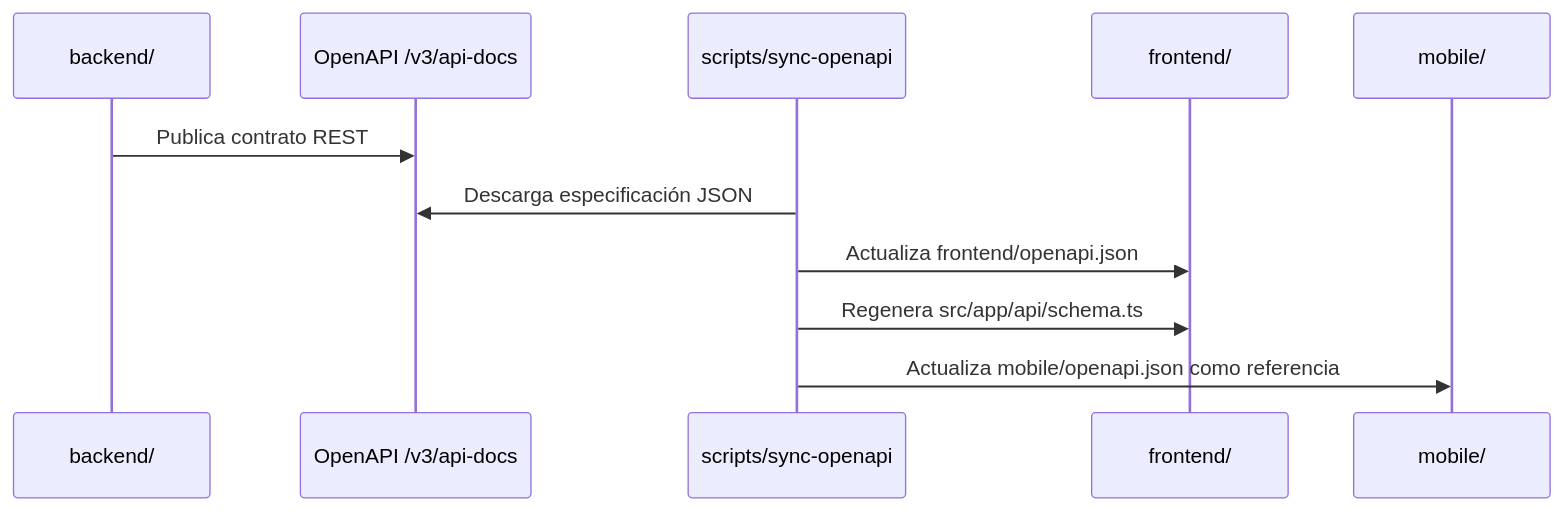
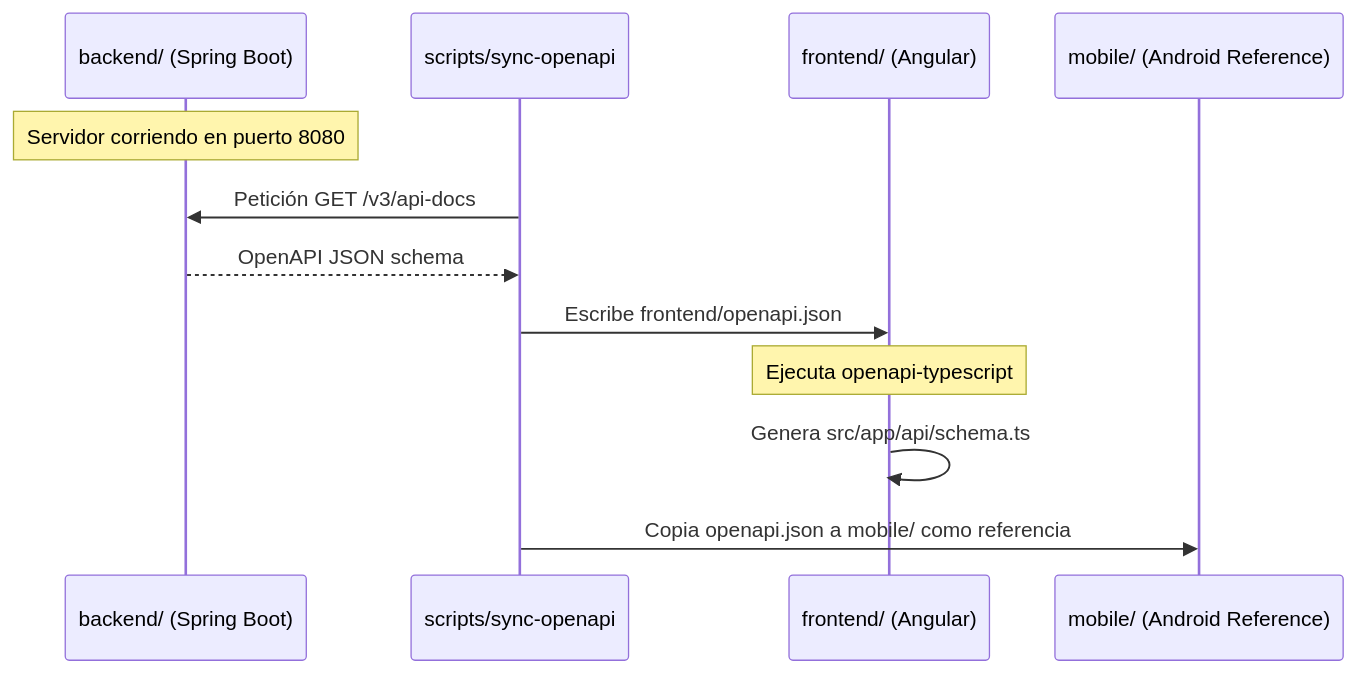
Before and after one commit to transparenciapublicadev/plataforma-saip-apelaciones: the third of 5 diagrams in README.md, drawn with Mermaid. The commit also changed other lines of this file, not shown here.

````diff
--- a/README.md
+++ b/README.md
@@ -391,14 +243,15 @@
 ```mermaid
 sequenceDiagram
-    participant B as backend/
-    participant O as OpenAPI /v3/api-docs
+    participant B as backend/ (Spring Boot)
     participant S as scripts/sync-openapi
-    participant F as frontend/
-    participant M as mobile/
+    participant F as frontend/ (Angular)
+    participant M as mobile/ (Android Reference)
 
-    B->>O: Publica contrato REST
-    S->>O: Descarga especificación JSON
-    S->>F: Actualiza frontend/openapi.json
-    S->>F: Regenera src/app/api/schema.ts
-    S->>M: Actualiza mobile/openapi.json como referencia
+    Note over B: Servidor corriendo en puerto 8080
+    S->>B: Petición GET /v3/api-docs
+    B-->>S: OpenAPI JSON schema
+    S->>F: Escribe frontend/openapi.json
+    Note over F: Ejecuta openapi-typescript
+    F->>F: Genera src/app/api/schema.ts
+    S->>M: Copia openapi.json a mobile/ como referencia
 ```
````
